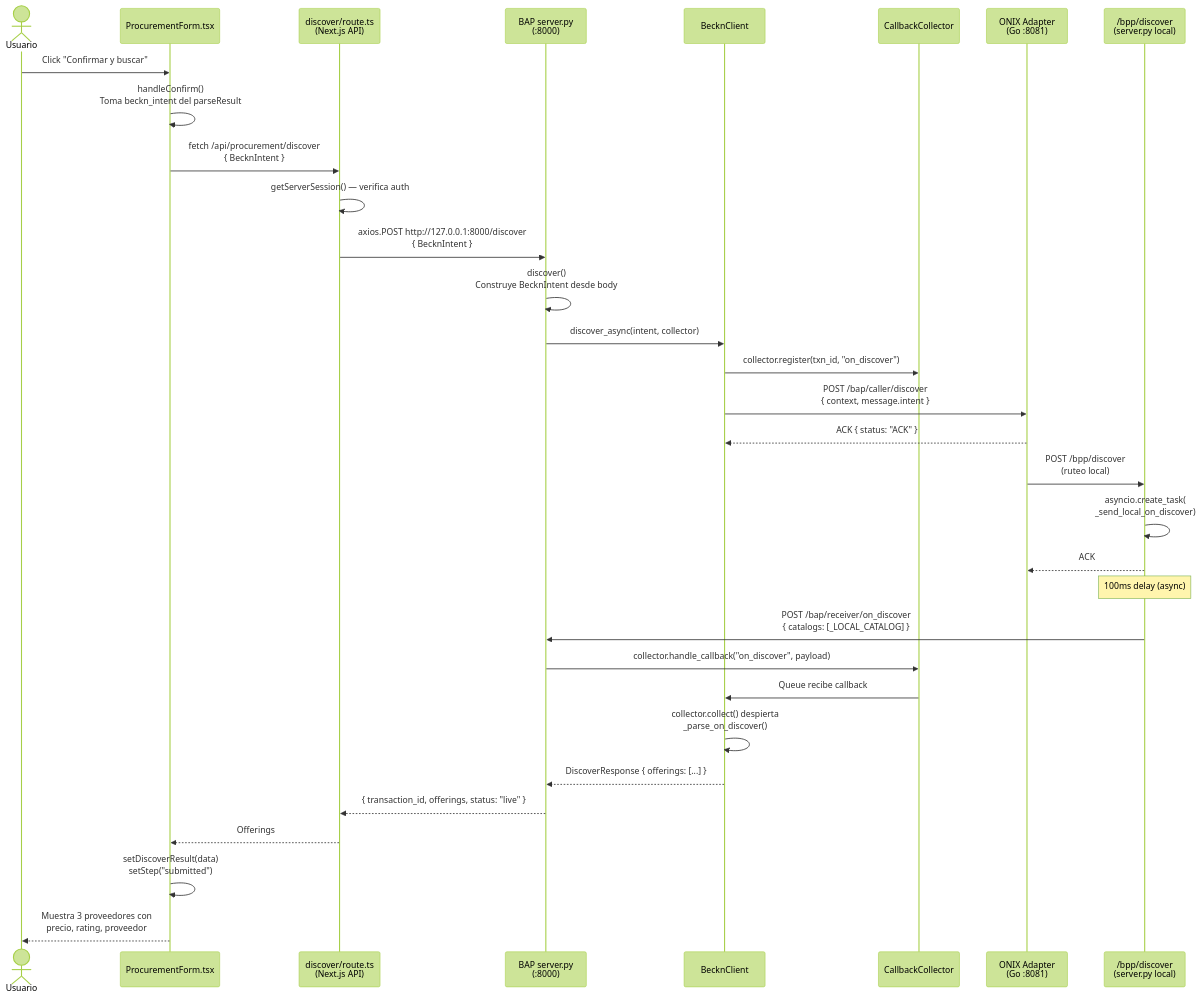
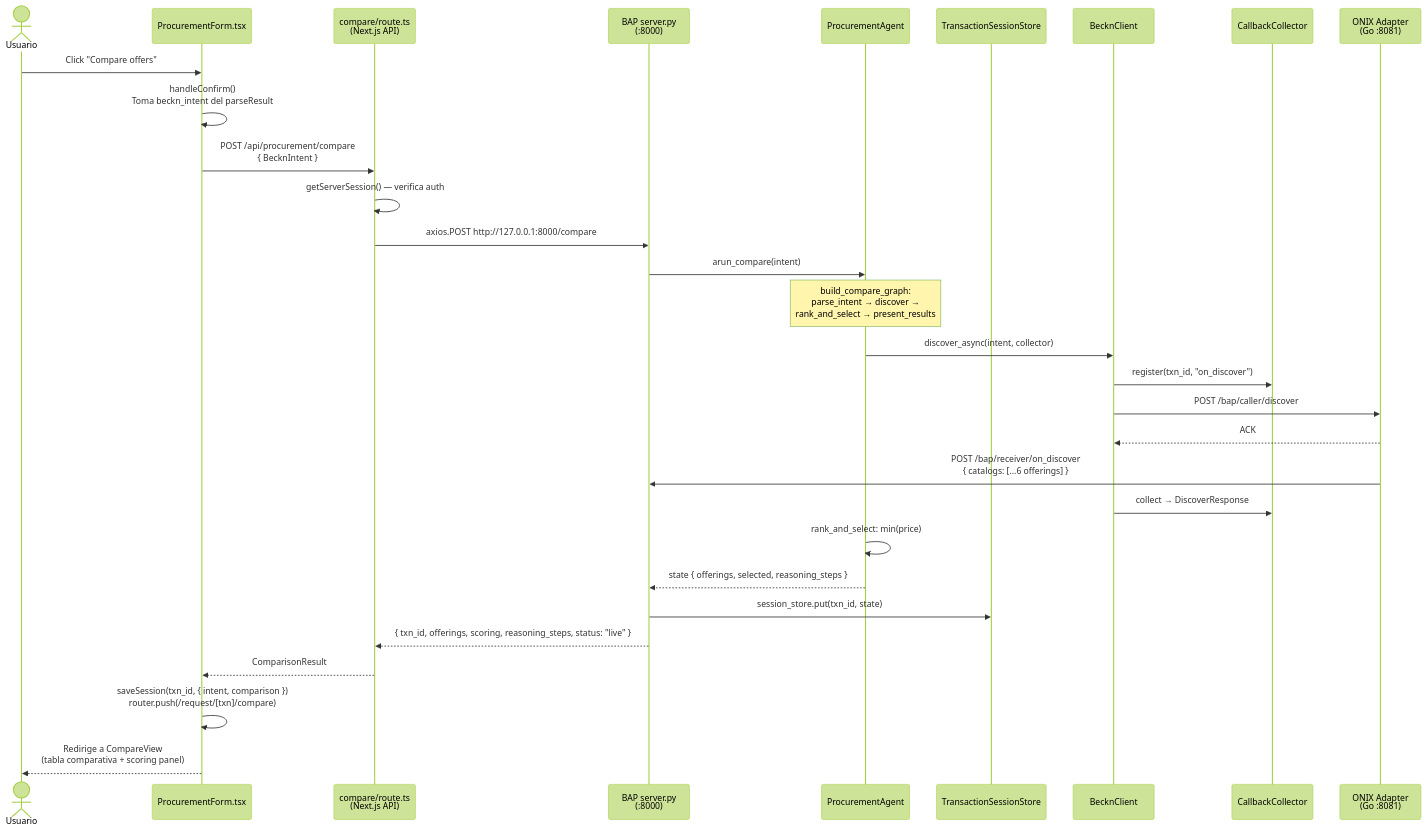
One commit to CARBAJE/Procurement-Agent changed the fourth of 8 diagrams in frontend/docs/sequence-diagrams.md. Above: the diagram before and after it, drawn with Mermaid (forest theme). The commit also changed other lines of this file and 45 other files, not shown here.

Commit message:
feat: add provider comparison UI and full quote-to-order flow

````diff
--- a/frontend/docs/sequence-diagrams.md
+++ b/frontend/docs/sequence-diagrams.md
@@ -126,40 +152,35 @@
 ```mermaid
 sequenceDiagram
     actor U as Usuario
     participant PF as ProcurementForm.tsx
-    participant DR as discover/route.ts<br/>(Next.js API)
+    participant CR as compare/route.ts<br/>(Next.js API)
     participant BAP as BAP server.py<br/>(:8000)
+    participant AG as ProcurementAgent
+    participant SS as TransactionSessionStore
     participant BC as BecknClient
     participant CC as CallbackCollector
     participant ONIX as ONIX Adapter<br/>(Go :8081)
-    participant BPP as /bpp/discover<br/>(server.py local)
 
-    U->>PF: Click "Confirmar y buscar"
+    U->>PF: Click "Compare offers"
     PF->>PF: handleConfirm()<br/>Toma beckn_intent del parseResult
-    PF->>DR: fetch /api/procurement/discover<br/>{ BecknIntent }
+    PF->>CR: POST /api/procurement/compare<br/>{ BecknIntent }
+    CR->>CR: getServerSession() — verifica auth
+    CR->>BAP: axios.POST http://127.0.0.1:8000/compare
 
-    DR->>DR: getServerSession() — verifica auth
-    DR->>BAP: axios.POST http://127.0.0.1:8000/discover<br/>{ BecknIntent }
+    BAP->>AG: arun_compare(intent)
+    Note over AG: build_compare_graph:<br/>parse_intent → discover →<br/>rank_and_select → present_results
+    AG->>BC: discover_async(intent, collector)
+    BC->>CC: register(txn_id, "on_discover")
+    BC->>ONIX: POST /bap/caller/discover
+    ONIX-->>BC: ACK
+    ONIX->>BAP: POST /bap/receiver/on_discover<br/>{ catalogs: [...6 offerings] }
+    BC->>CC: collect → DiscoverResponse
+    AG->>AG: rank_and_select: min(price)
+    AG-->>BAP: state { offerings, selected, reasoning_steps }
+    BAP->>SS: session_store.put(txn_id, state)
+    BAP-->>CR: { txn_id, offerings, scoring, reasoning_steps, status: "live" }
+    CR-->>PF: ComparisonResult
 
-    BAP->>BAP: discover()<br/>Construye BecknIntent desde body
-    BAP->>BC: discover_async(intent, collector)
-    BC->>CC: collector.register(txn_id, "on_discover")
-    BC->>ONIX: POST /bap/caller/discover<br/>{ context, message.intent }
-    ONIX-->>BC: ACK { status: "ACK" }
-
-    ONIX->>BPP: POST /bpp/discover<br/>(ruteo local)
-    BPP->>BPP: asyncio.create_task(<br/>_send_local_on_discover)
-    BPP-->>ONIX: ACK
-
-    Note over BPP: 100ms delay (async)
-
-    BPP->>BAP: POST /bap/receiver/on_discover<br/>{ catalogs: [_LOCAL_CATALOG] }
-    BAP->>CC: collector.handle_callback("on_discover", payload)
-    CC->>BC: Queue recibe callback
-    BC->>BC: collector.collect() despierta<br/>_parse_on_discover()
-    BC-->>BAP: DiscoverResponse { offerings: [...] }
-    BAP-->>DR: { transaction_id, offerings, status: "live" }
-    DR-->>PF: Offerings
-    PF->>PF: setDiscoverResult(data)<br/>setStep("submitted")
-    PF-->>U: Muestra 3 proveedores con<br/>precio, rating, proveedor
+    PF->>PF: saveSession(txn_id, { intent, comparison })<br/>router.push(/request/[txn]/compare)
+    PF-->>U: Redirige a CompareView<br/>(tabla comparativa + scoring panel)
 ```
````
